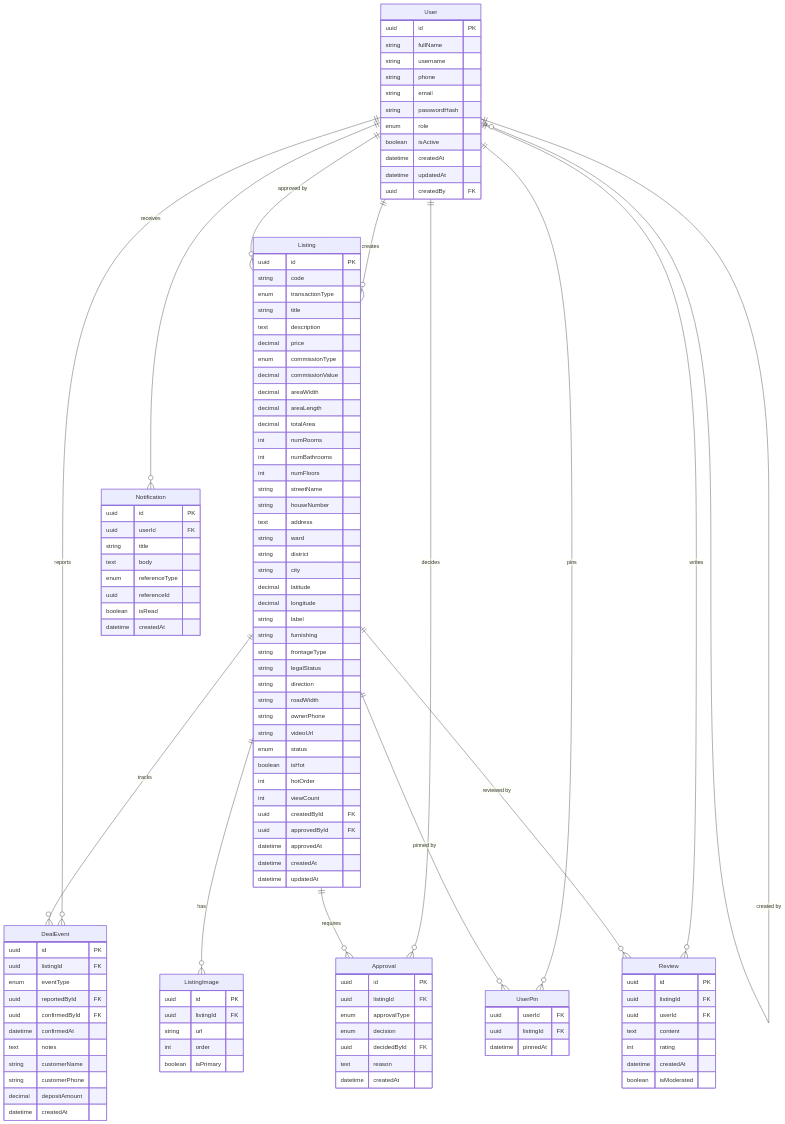
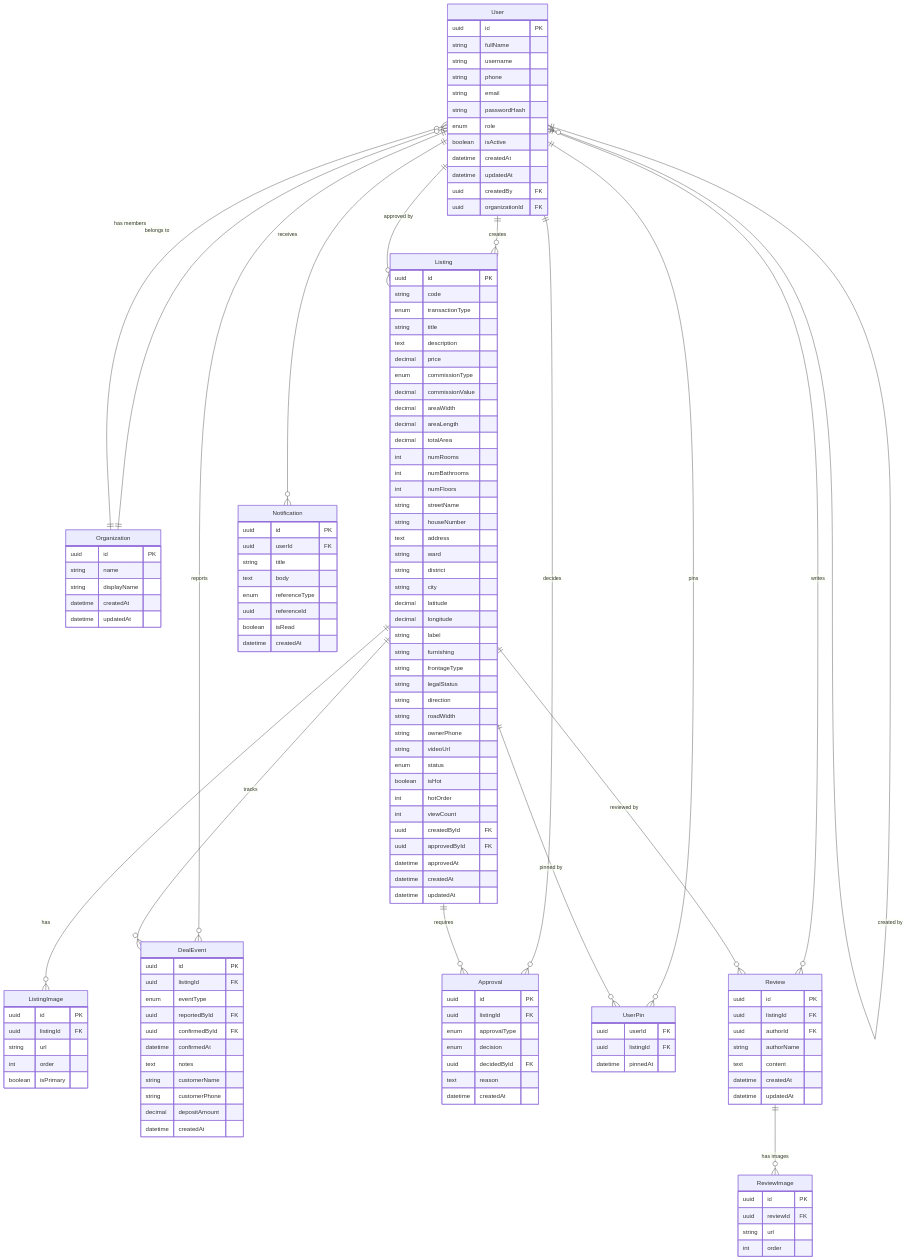
The second of 3 diagrams in docs/domain-model.md (quangpv/mqhouse-biglands), drawn with Mermaid before and after one commit. The commit also changed other lines of this file and 59 other files, not shown here.

Commit message:
feat: add organizations, reviews, organization FK on user, and update docs

````diff
--- a/docs/domain-model.md
+++ b/docs/domain-model.md
@@ -613,6 +714,15 @@
         datetime createdAt
         datetime updatedAt
         uuid createdBy FK
+        uuid organizationId FK
+    }
+
+    Organization {
+        uuid id PK
+        string name
+        string displayName
+        datetime createdAt
+        datetime updatedAt
     }
 
     Listing {
@@ -709,13 +819,21 @@
     Review {
         uuid id PK
         uuid listingId FK
-        uuid userId FK
+        uuid authorId FK
+        string authorName
         text content
-        int rating
         datetime createdAt
-        boolean isModerated
+        datetime updatedAt
     }
 
+    ReviewImage {
+        uuid id PK
+        uuid reviewId FK
+        string url
+        int order
+    }
+
+    Organization ||--o{ User : "has members"
     User ||--o{ Listing : creates
     User ||--o{ DealEvent : reports
     User ||--o{ Approval : decides
@@ -723,10 +841,12 @@
     User ||--o{ UserPin : pins
     User ||--o{ Review : writes
     User ||--o{ User : "created by"
+    User }o--|| Organization : "belongs to"
     Listing ||--o{ ListingImage : has
     Listing ||--o{ DealEvent : tracks
     Listing ||--o{ Approval : requires
     Listing ||--o{ UserPin : "pinned by"
     Listing ||--o{ Review : "reviewed by"
     Listing }o--|| User : "approved by"
+    Review ||--o{ ReviewImage : "has images"
 ```
````
